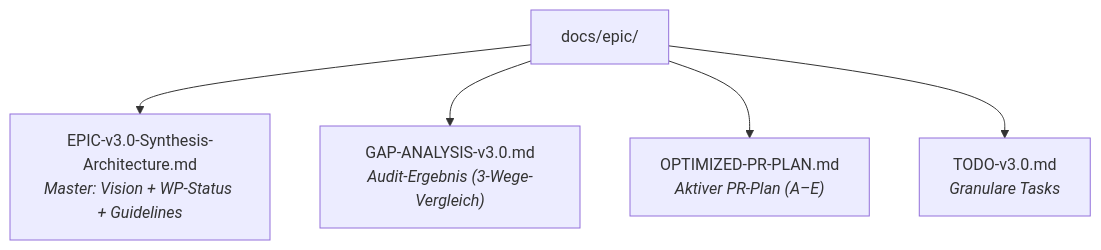
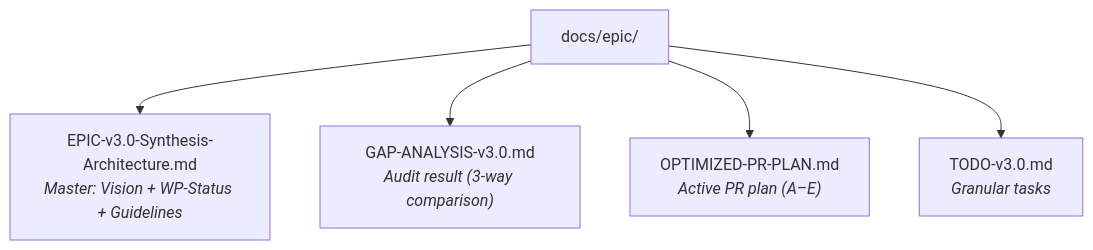
Before and after one commit to Justicegaines03/pai-opencode: the diagram in docs/epic/TODO-v3.0.md, drawn with Mermaid. The commit also changed other lines of this file and 44 other files, not shown here.

````diff
--- a/docs/epic/TODO-v3.0.md
+++ b/docs/epic/TODO-v3.0.md
@@ -499,8 +342,8 @@
 ```mermaid
 graph TD
     root["docs/epic/"]
     root --> epic["EPIC-v3.0-Synthesis-Architecture.md<br/><i>Master: Vision + WP-Status + Guidelines</i>"]
-    root --> gap["GAP-ANALYSIS-v3.0.md<br/><i>Audit-Ergebnis (3-Wege-Vergleich)</i>"]
-    root --> plan["OPTIMIZED-PR-PLAN.md<br/><i>Aktiver PR-Plan (A–E)</i>"]
-    root --> todo["TODO-v3.0.md<br/><i>Granulare Tasks</i>"]
+    root --> gap["GAP-ANALYSIS-v3.0.md<br/><i>Audit result (3-way comparison)</i>"]
+    root --> plan["OPTIMIZED-PR-PLAN.md<br/><i>Active PR plan (A–E)</i>"]
+    root --> todo["TODO-v3.0.md<br/><i>Granular tasks</i>"]
 ```
````
